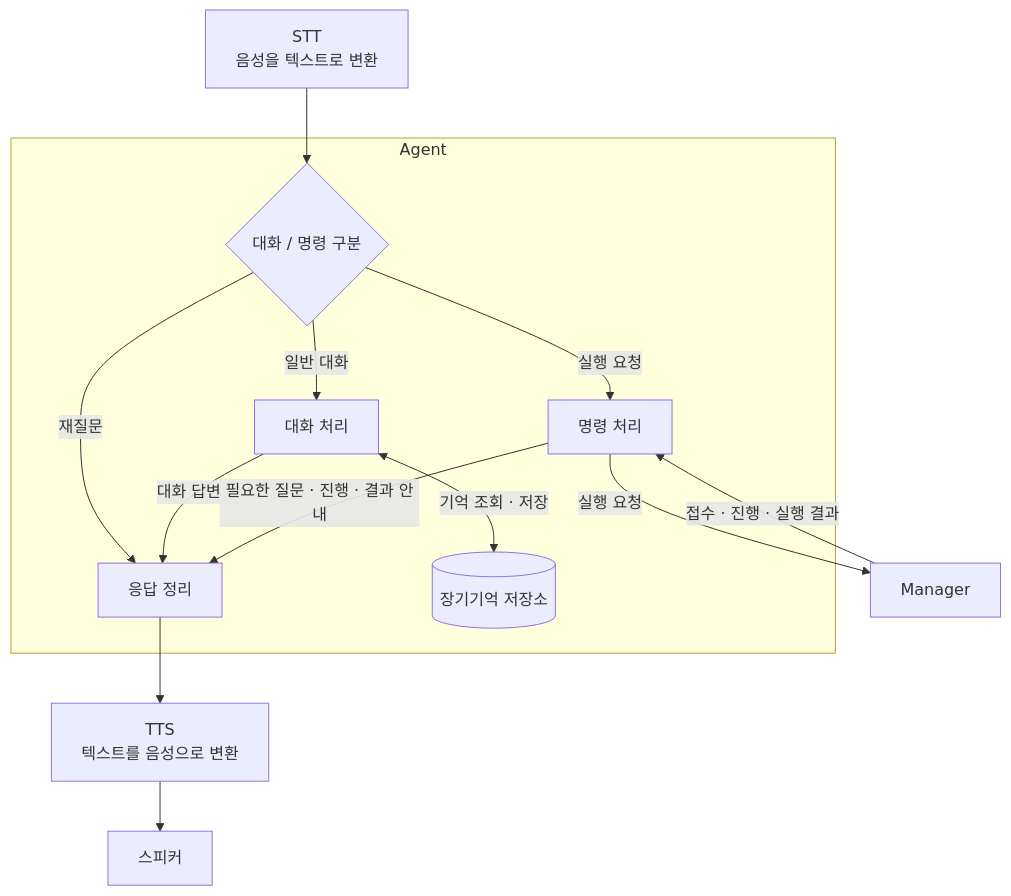
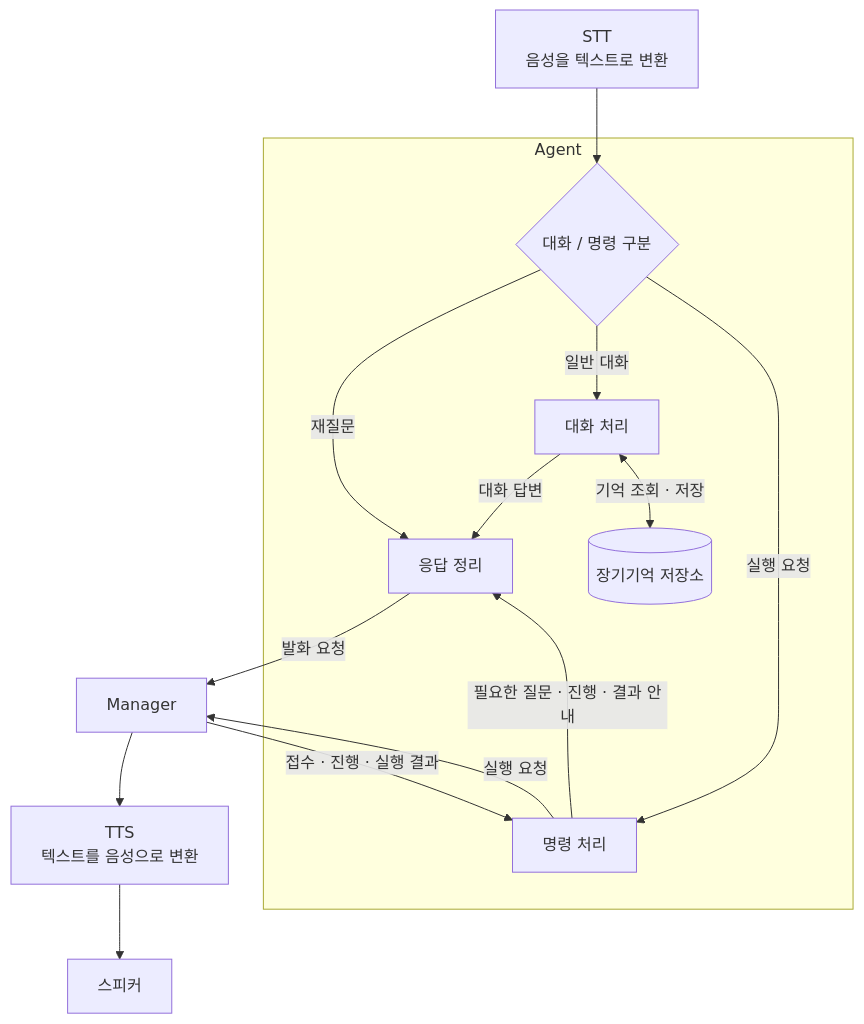
The first of 2 diagrams in malbut_agent_server/docs/malbut_agent.md (SWM-malbut/malbut), drawn with Mermaid before and after one commit. The commit also changed other lines of this file and 49 other files, not shown here.

````diff
--- a/malbut_agent_server/docs/malbut_agent.md
+++ b/malbut_agent_server/docs/malbut_agent.md
@@ -5,20 +5,21 @@
 ```mermaid
 flowchart TD
     STT["STT<br/>음성을 텍스트로 변환"] --> D
 
     subgraph Agent["Agent"]
         D{"대화 / 명령 구분"}
         D -->|"재질문"| R
         D -->|"일반 대화"| C["대화 처리"]
         D -->|"실행 요청"| A["명령 처리"]
         C -->|"대화 답변"| R["응답 정리"]
         C <-->|"기억 조회 · 저장"| K[("장기기억 저장소")]
         A -->|"필요한 질문 · 진행 · 결과 안내"| R
     end
 
     A -->|"실행 요청"| M["Manager"]
     M -->|"접수 · 진행 · 실행 결과"| A
 
-    R --> TTS["TTS<br/>텍스트를 음성으로 변환"]
+    R -->|"발화 요청"| M
+    M --> TTS["TTS<br/>텍스트를 음성으로 변환"]
     TTS --> S["스피커"]
 ```
````
